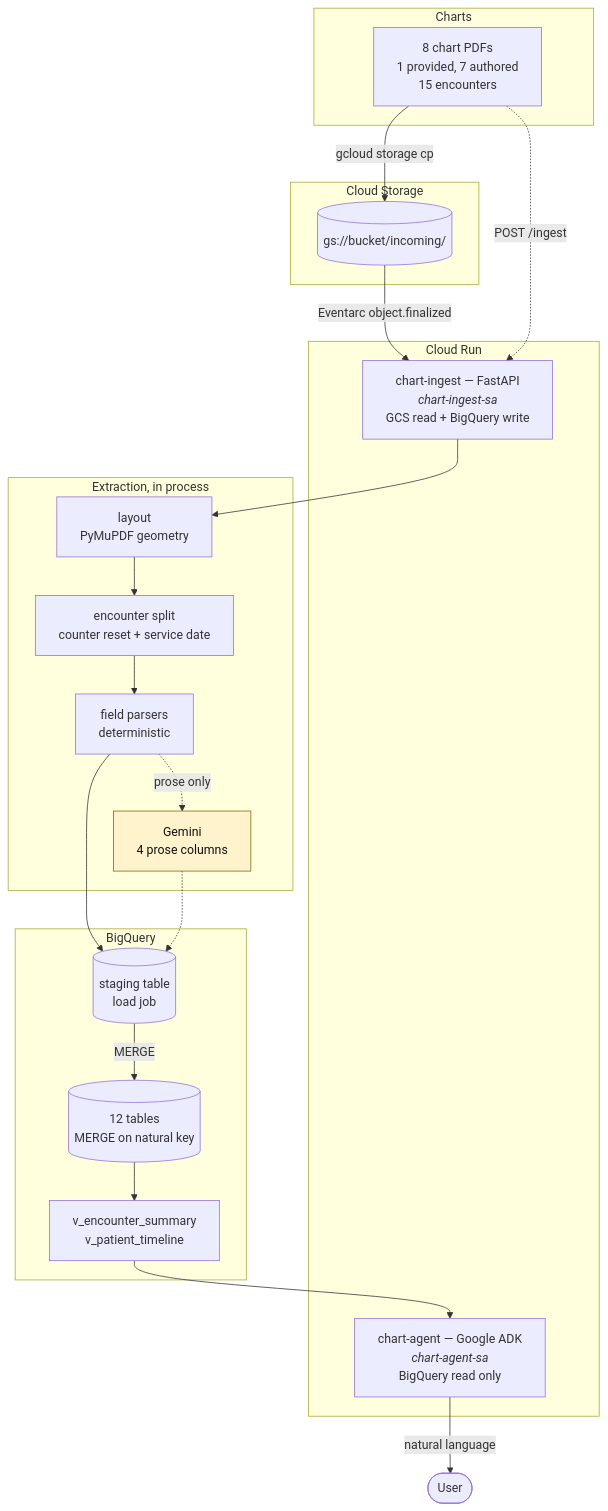
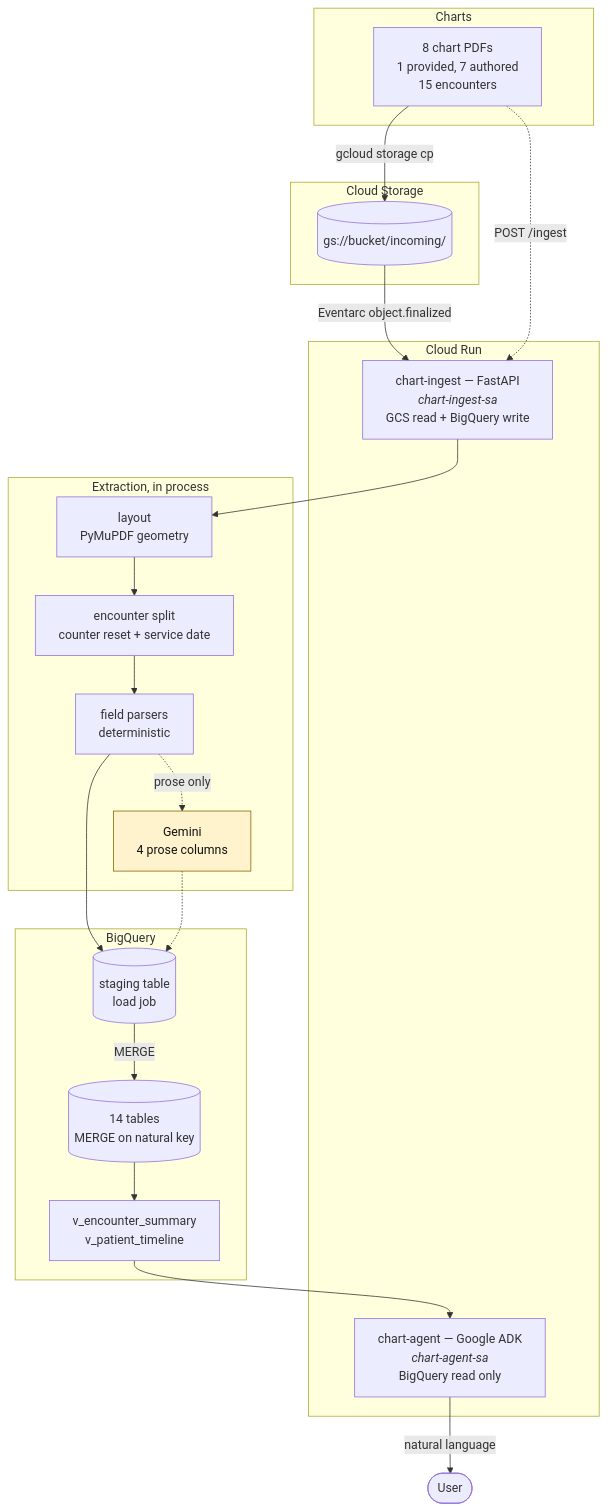
One commit to tanster63/clinical-document-ingestion-pipeline changed the diagram in docs/architecture.mmd. Above: the diagram before and after it, drawn with Mermaid. The commit also changed 12 other files, not shown here.

```diff
--- a/docs/architecture.mmd
+++ b/docs/architecture.mmd
@@ -1,38 +1,38 @@
 flowchart TB
     subgraph Source["Charts"]
         A["8 chart PDFs<br/>1 provided, 7 authored<br/>15 encounters"]
     end
 
     subgraph GCS["Cloud Storage"]
         B[("gs://bucket/incoming/")]
     end
 
     subgraph CR["Cloud Run"]
         C["chart-ingest — FastAPI<br/><i>chart-ingest-sa</i><br/>GCS read + BigQuery write"]
         H["chart-agent — Google ADK<br/><i>chart-agent-sa</i><br/>BigQuery read only"]
     end
 
     subgraph Extract["Extraction, in process"]
         D["layout<br/>PyMuPDF geometry"]
         E["encounter split<br/>counter reset + service date"]
         F["field parsers<br/>deterministic"]
         G["Gemini<br/>4 prose columns"]
     end
 
     subgraph BQ["BigQuery"]
         I[("staging table<br/>load job")]
-        J[("12 tables<br/>MERGE on natural key")]
+        J[("14 tables<br/>MERGE on natural key")]
         K["v_encounter_summary<br/>v_patient_timeline"]
     end
 
     A -->|gcloud storage cp| B
     B -->|Eventarc object.finalized| C
     A -.->|POST /ingest| C
     C --> D --> E --> F --> I
     F -.->|prose only| G -.-> I
     I -->|MERGE| J --> K
     K --> H
     H -->|natural language| L(["User"])
 
     classDef llm fill:#fff3cd,stroke:#856404,color:#111
     class G llm
```
